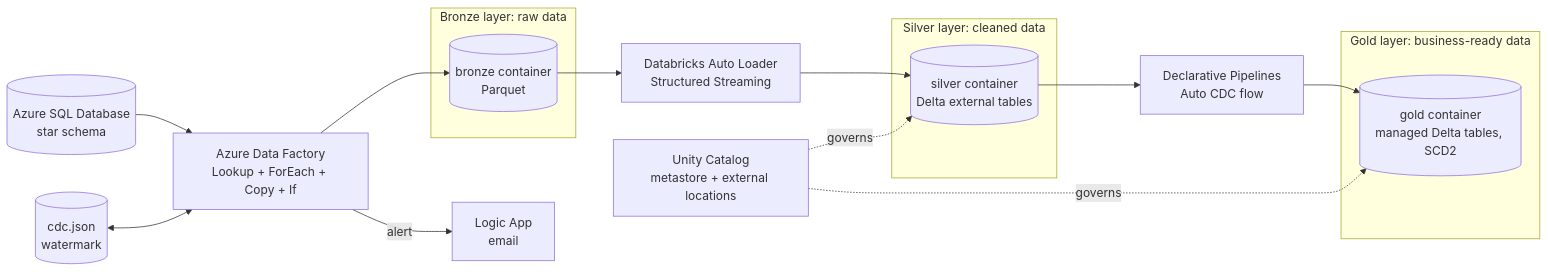
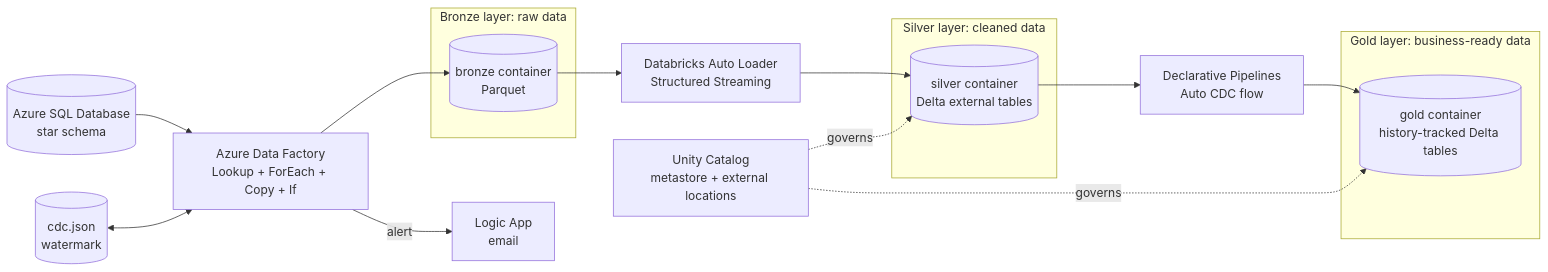
One commit to anshikasinghal06/Spotify_Azure_Data_Engineering_Project changed the diagram in README.md. Above: the diagram before and after it, drawn with Mermaid. The commit also changed other lines of this file, not shown here.

````diff
--- a/README.md
+++ b/README.md
@@ -70,26 +81,26 @@
 ```mermaid
 flowchart LR
     A[(Azure SQL Database<br/>star schema)] --> B[Azure Data Factory<br/>Lookup + ForEach + Copy + If]
     W[(cdc.json<br/>watermark)] <--> B
     B -->|alert| L[Logic App<br/>email]
 
     subgraph BRONZE [Bronze layer: raw data]
         C[(bronze container<br/>Parquet)]
     end
 
     subgraph SILVER [Silver layer: cleaned data]
         E[(silver container<br/>Delta external tables)]
     end
 
     subgraph GOLD [Gold layer: business-ready data]
-        G[(gold container<br/>managed Delta tables, SCD2)]
+        G[(gold container<br/>history-tracked Delta tables)]
     end
 
     B --> C
     C --> D[Databricks Auto Loader<br/>Structured Streaming]
     D --> E
     E --> F[Declarative Pipelines<br/>Auto CDC flow]
     F --> G
     U[Unity Catalog<br/>metastore + external locations] -.governs.-> E
     U -.governs.-> G
 ```
````
